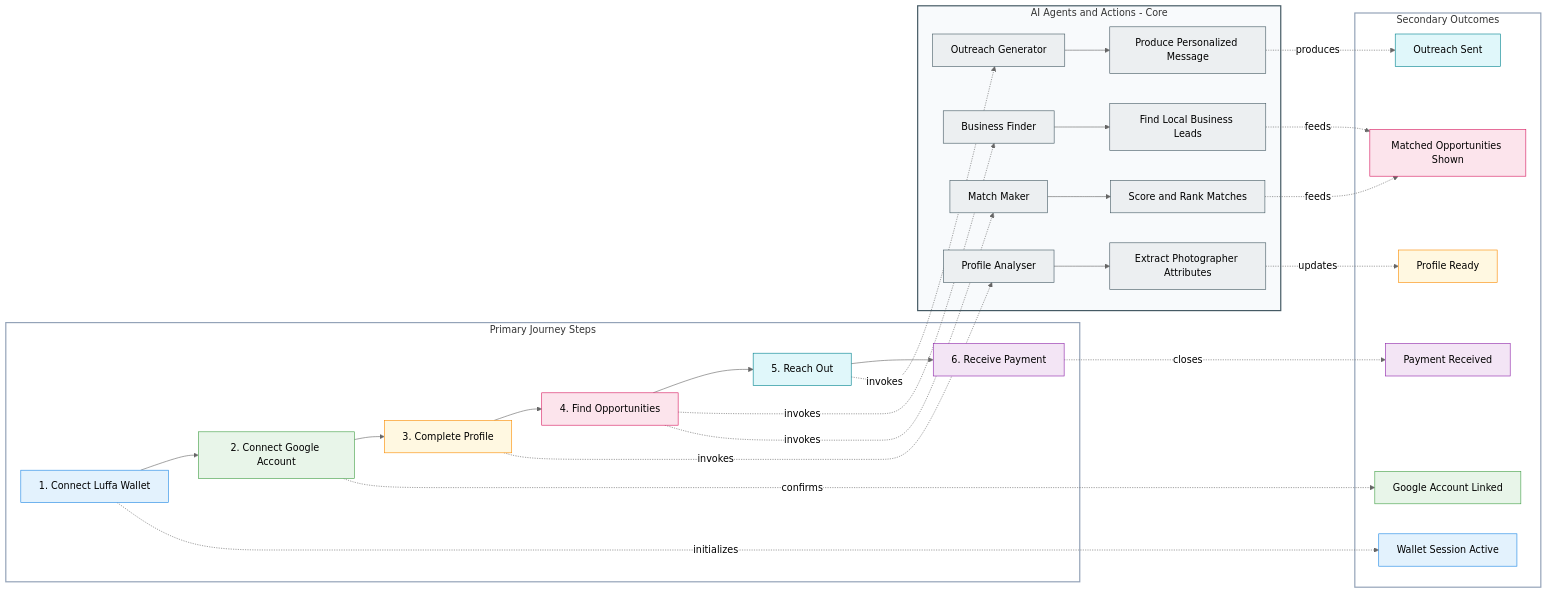
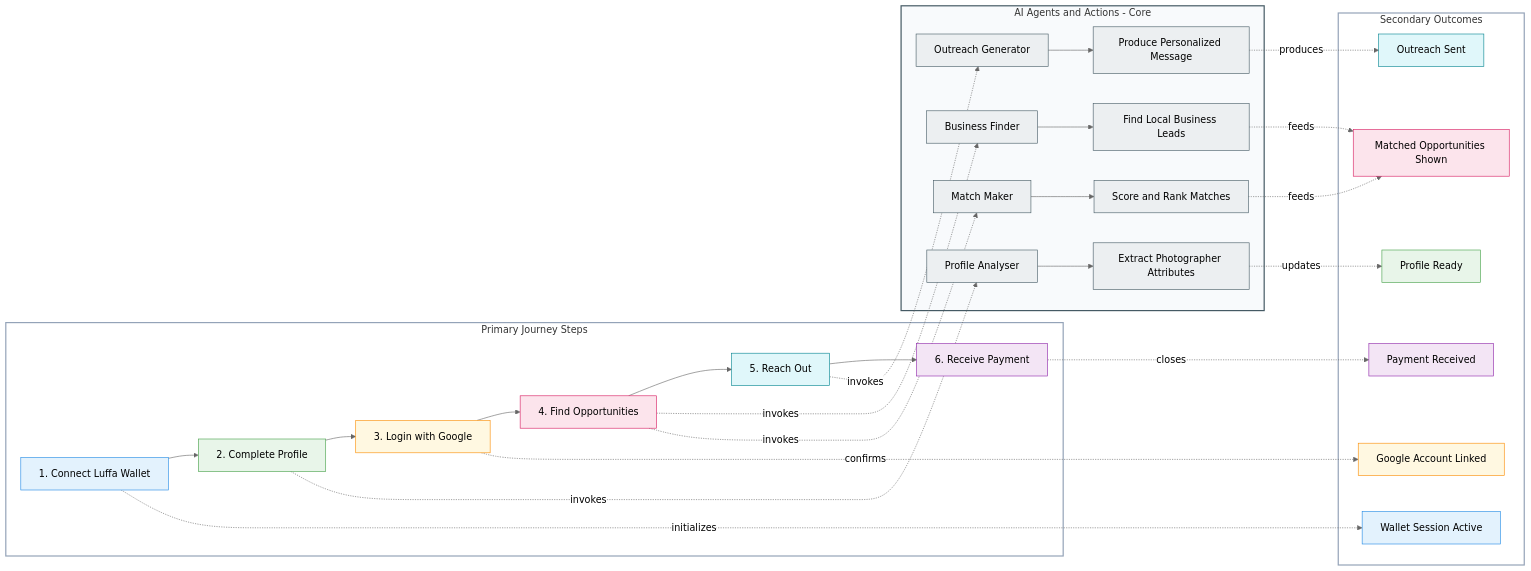
Before and after one commit to Encode-Club-AI-Hackathon/PhotoPal: the diagram in README.md, drawn with Mermaid (neutral theme).

Commit message:
Update flowchart steps in README.md for clarity on profile completion and Google login

````diff
--- a/README.md
+++ b/README.md
@@ -255,73 +255,73 @@
 ```mermaid
 flowchart LR
 	subgraph P[Primary Journey Steps]
 		A1[1. Connect Luffa Wallet]
-		B1[2. Connect Google Account]
-		C1[3. Complete Profile]
+		B1[2. Complete Profile]
+		C1[3. Login with Google]
 		D1[4. Find Opportunities]
 		E1[5. Reach Out]
 		F1[6. Receive Payment]
 		A1 --> B1 --> C1 --> D1 --> E1 --> F1
 	end
 
 	subgraph AG[AI Agents and Actions - Core]
 		P1[Profile Analyser]
 		P2[Extract Photographer Attributes]
 		BF1[Business Finder]
 		BF2[Find Local Business Leads]
 		M1[Match Maker]
 		M2[Score and Rank Matches]
 		O1[Outreach Generator]
 		O2[Produce Personalized Message]
 
 		P1 --> P2
 		BF1 --> BF2
 		M1 --> M2
 		O1 --> O2
 	end
 
 	subgraph S[Secondary Outcomes]
 		A2[Wallet Session Active]
-		B2[Google Account Linked]
-		C2[Profile Ready]
+		B2[Profile Ready]
+		C2[Google Account Linked]
 		D2[Matched Opportunities Shown]
 		E2[Outreach Sent]
 		F2[Payment Received]
 	end
 
 	A1 -. initializes .-> A2
-	B1 -. confirms .-> B2
+	C1 -. confirms .-> C2
 
-	C1 -. invokes .-> P1
-	P2 -. updates .-> C2
+	B1 -. invokes .-> P1
+	P2 -. updates .-> B2
 
 	D1 -. invokes .-> BF1
 	D1 -. invokes .-> M1
 	BF2 -. feeds .-> D2
 	M2 -. feeds .-> D2
 
 	E1 -. invokes .-> O1
 	O2 -. produces .-> E2
 
 	F1 -. closes .-> F2
 
 	classDef area1 fill:#E3F2FD,stroke:#1E88E5,stroke-width:1px;
 	classDef area2 fill:#E8F5E9,stroke:#43A047,stroke-width:1px;
 	classDef area3 fill:#FFF8E1,stroke:#FB8C00,stroke-width:1px;
 	classDef area4 fill:#FCE4EC,stroke:#D81B60,stroke-width:1px;
 	classDef area5 fill:#E0F7FA,stroke:#00838F,stroke-width:1px;
 	classDef area6 fill:#F3E5F5,stroke:#8E24AA,stroke-width:1px;
 	classDef ai fill:#ECEFF1,stroke:#455A64,stroke-width:1px;
 
 	class A1,A2 area1;
 	class B1,B2 area2;
 	class C1,C2 area3;
 	class D1,D2 area4;
 	class E1,E2 area5;
 	class F1,F2 area6;
 	class P1,P2,BF1,BF2,M1,M2,O1,O2 ai;
 
 	style P fill:#FFFFFF,stroke:#94A3B8,stroke-width:2px;
 	style S fill:#FFFFFF,stroke:#94A3B8,stroke-width:2px;
 	style AG fill:#F8FAFC,stroke:#455A64,stroke-width:2px;
 ```
````
